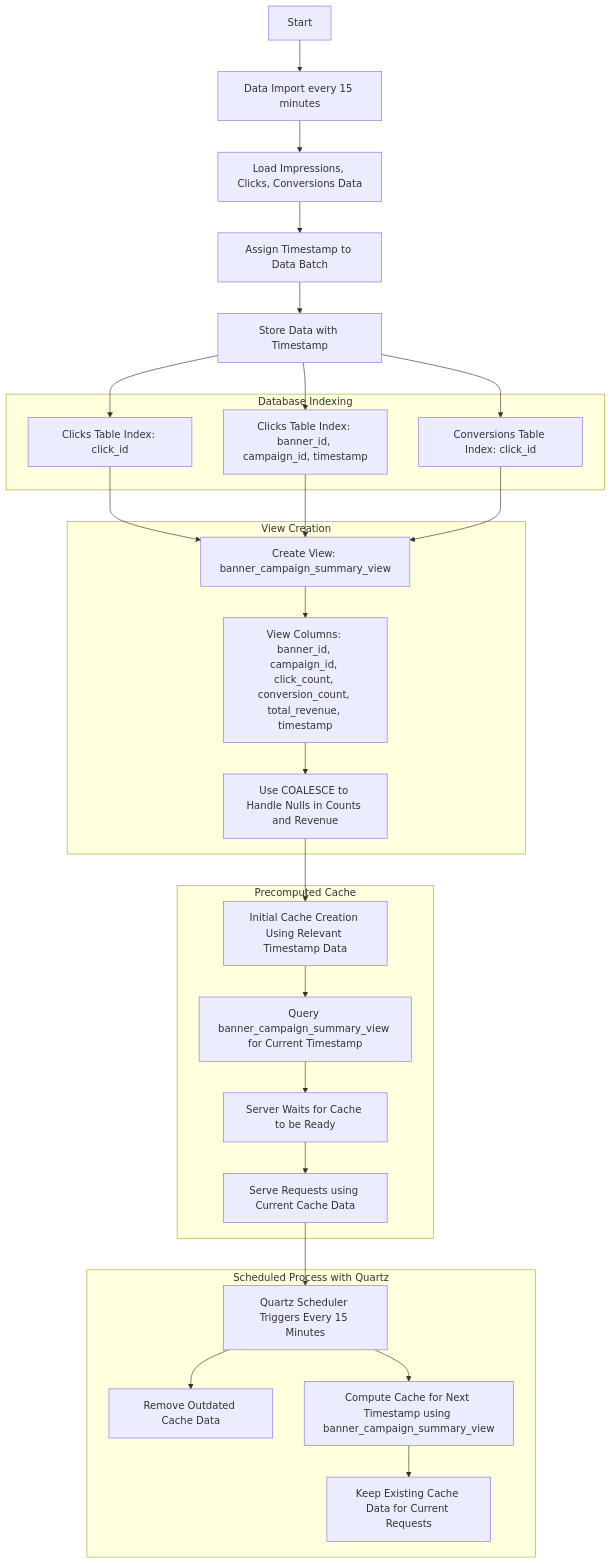
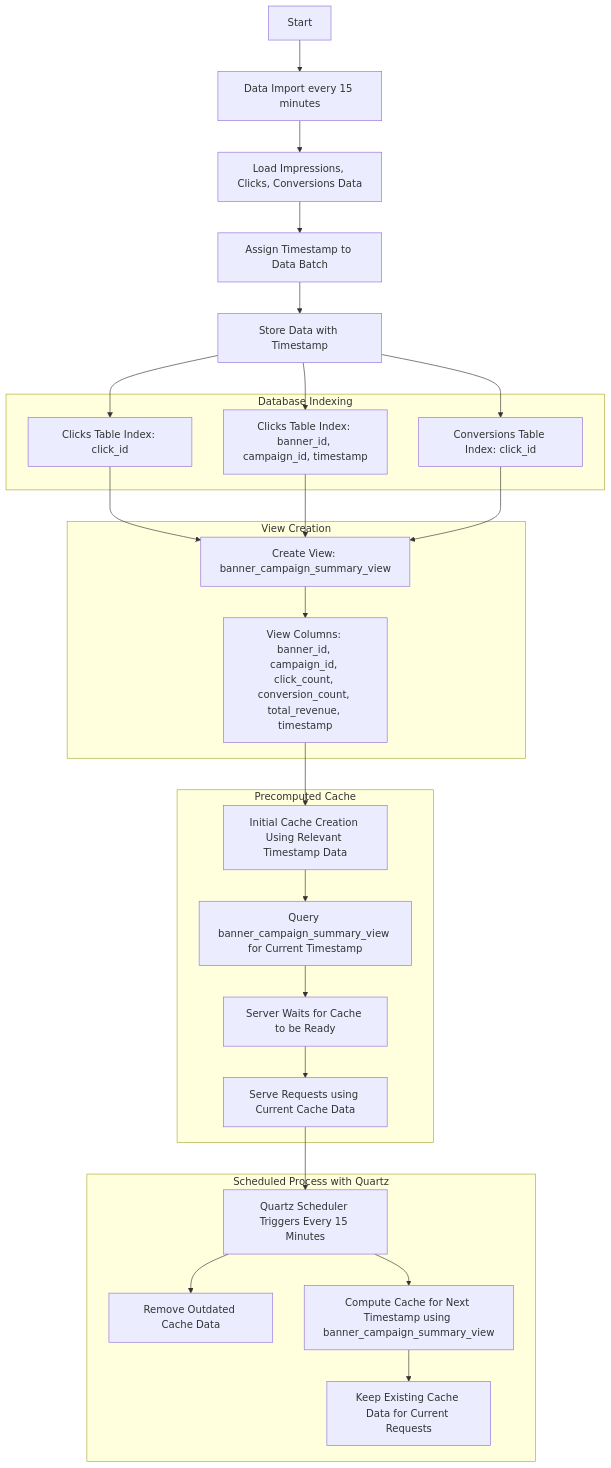
One commit to DataChefHQ/THA_viswaraj-ramji changed the first of 2 diagrams in README.md. Above: the diagram before and after it, drawn with Mermaid.

Commit message:
Updated code:

````diff
--- a/README.md
+++ b/README.md
@@ -133,53 +133,51 @@
 ```mermaid
 graph TD
     A[Start] --> B[Data Import every 15 minutes]
     B --> C[Load Impressions, Clicks, Conversions Data]
     C --> D[Assign Timestamp to Data Batch]
     D --> E[Store Data with Timestamp]
 
     subgraph Database Indexing
         F1[Clicks Table Index: click_id]
         F2[Clicks Table Index: banner_id, campaign_id, timestamp]
         F3[Conversions Table Index: click_id]
     end
 
     E --> F1
     E --> F2
     E --> F3
 
     subgraph View Creation
         G1[Create View: banner_campaign_summary_view]
         G2[View Columns: banner_id, campaign_id, click_count, conversion_count, total_revenue, timestamp]
-        G3[Use COALESCE to Handle Nulls in Counts and Revenue]
     end
 
     F1 --> G1
     F2 --> G1
     F3 --> G1
     G1 --> G2
-    G2 --> G3
 
     subgraph Precomputed Cache
         H1[Initial Cache Creation Using Relevant Timestamp Data]
         H2[Query banner_campaign_summary_view for Current Timestamp]
         H3[Server Waits for Cache to be Ready]
         H4[Serve Requests using Current Cache Data]
     end
 
-    G3 --> H1
+    G2 --> H1
     H1 --> H2
     H2 --> H3
     H3 --> H4
 
     subgraph Scheduled Process with Quartz
         I1[Quartz Scheduler Triggers Every 15 Minutes]
         I2[Remove Outdated Cache Data]
         I3[Compute Cache for Next Timestamp using banner_campaign_summary_view]
         I4[Keep Existing Cache Data for Current Requests]
     end
 
     H4 --> I1
     I1 --> I2
     I1 --> I3
     I3 --> I4
 ```
````
